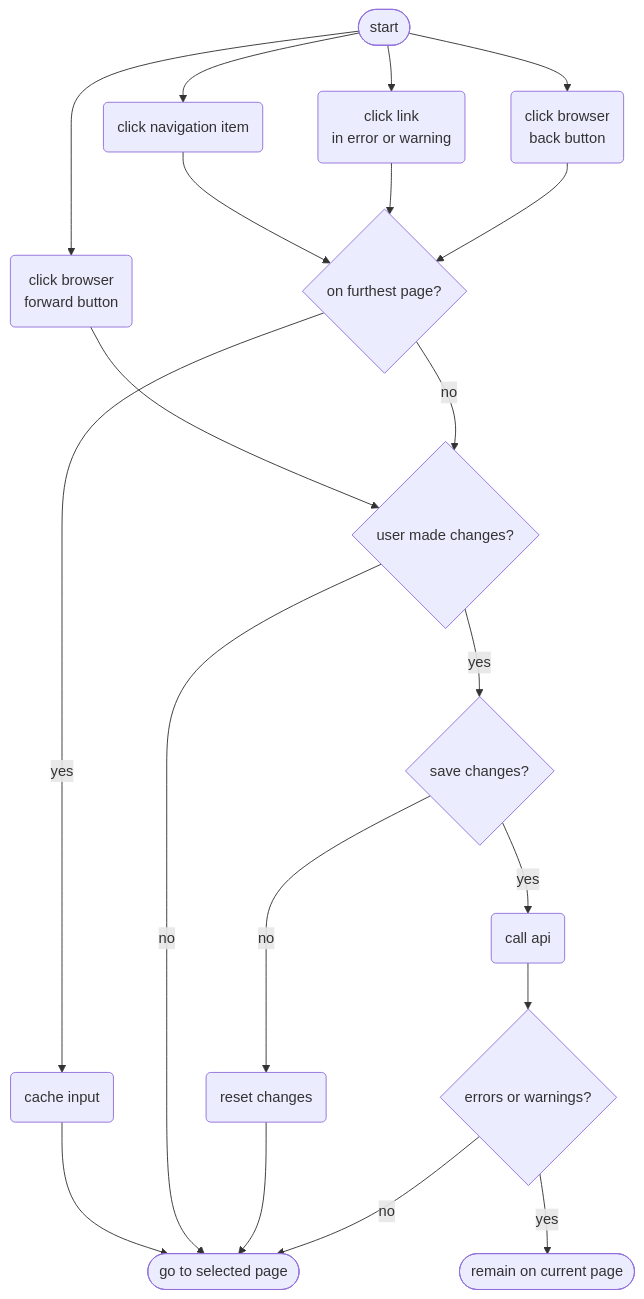
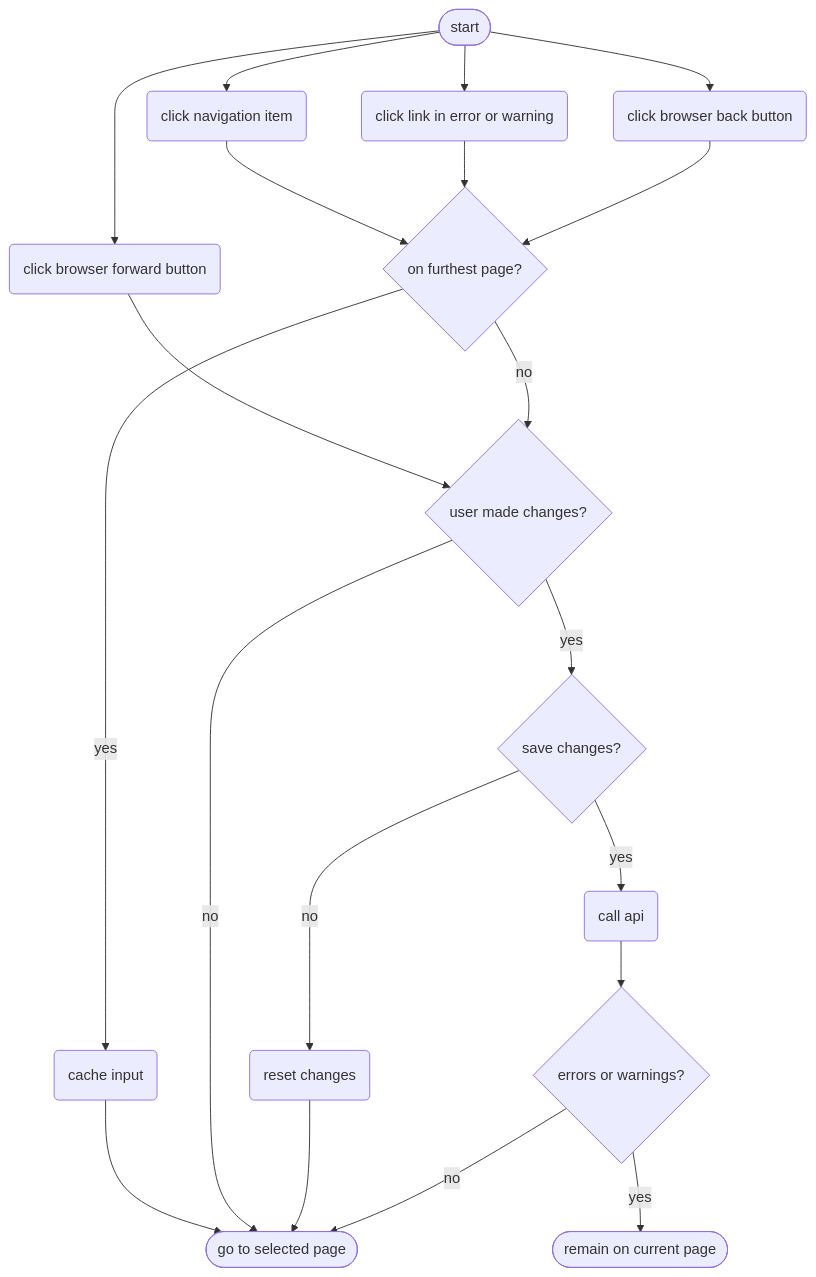
Before and after one commit to kiesraad/abacus: the fourth of 4 diagrams in documentatie/flowcharts/data-entry-forms.md, drawn with Mermaid. The commit also changed other lines of this file, not shown here.

First line of the commit message:
Flowchart: Remove line breaks and word 'click'

````diff
--- a/documentatie/flowcharts/data-entry-forms.md
+++ b/documentatie/flowcharts/data-entry-forms.md
@@ -181,48 +169,44 @@
 ```mermaid
 flowchart TD
     %% start and end
     flow-start([start])
 
     go-to-page([go to selected page])
     remain-on-page([remain on current page])
 
     %% steps
-    click-nav-item(click navigation item)
-    click-browser-back("click browser
-        back button")
-    click-link-in-error-or-warning("click link
-        in error or warning")
-    click-browser-forward("click browser
-        forward button")
+    nav-item(click navigation item)
+    browser-back("click browser back button")
+    link-in-error-or-warning("click link in error or warning")
+    browser-forward("click browser forward button")
     on-furthest-page{on furthest page?}
     user-made-changes{user made changes?}
     save-changes{save changes?}
     call-api(call api)
     cache-input(cache input)
     reset-changes(reset changes)
     errors-or-warnings{errors or warnings?}
 
     %% flow
-    flow-start --> click-nav-item
-    flow-start --> click-browser-back
-    flow-start --> click-browser-forward
-    flow-start --> click-link-in-error-or-warning
+    flow-start --> nav-item
+    flow-start --> browser-back
+    flow-start --> browser-forward
+    flow-start --> link-in-error-or-warning
     %% if you can click the browser forward button, you by definition are not on the furthest page
-    click-browser-forward --> user-made-changes
-    click-nav-item --> on-furthest-page
-    click-link-in-error-or-warning --> on-furthest-page
-    click-browser-back --> on-furthest-page
+    browser-forward --> user-made-changes
+    nav-item --> on-furthest-page
+    link-in-error-or-warning --> on-furthest-page
+    browser-back --> on-furthest-page
     on-furthest-page -- yes --> cache-input
     cache-input --> go-to-page
 
     on-furthest-page -- no --> user-made-changes
     user-made-changes -- no --> go-to-page
     user-made-changes -- yes --> save-changes
     save-changes -- no --> reset-changes
     reset-changes --> go-to-page
     save-changes -- yes --> call-api
     call-api --> errors-or-warnings
     errors-or-warnings -- no --> go-to-page
     errors-or-warnings -- yes --> remain-on-page
-
 ```
````
